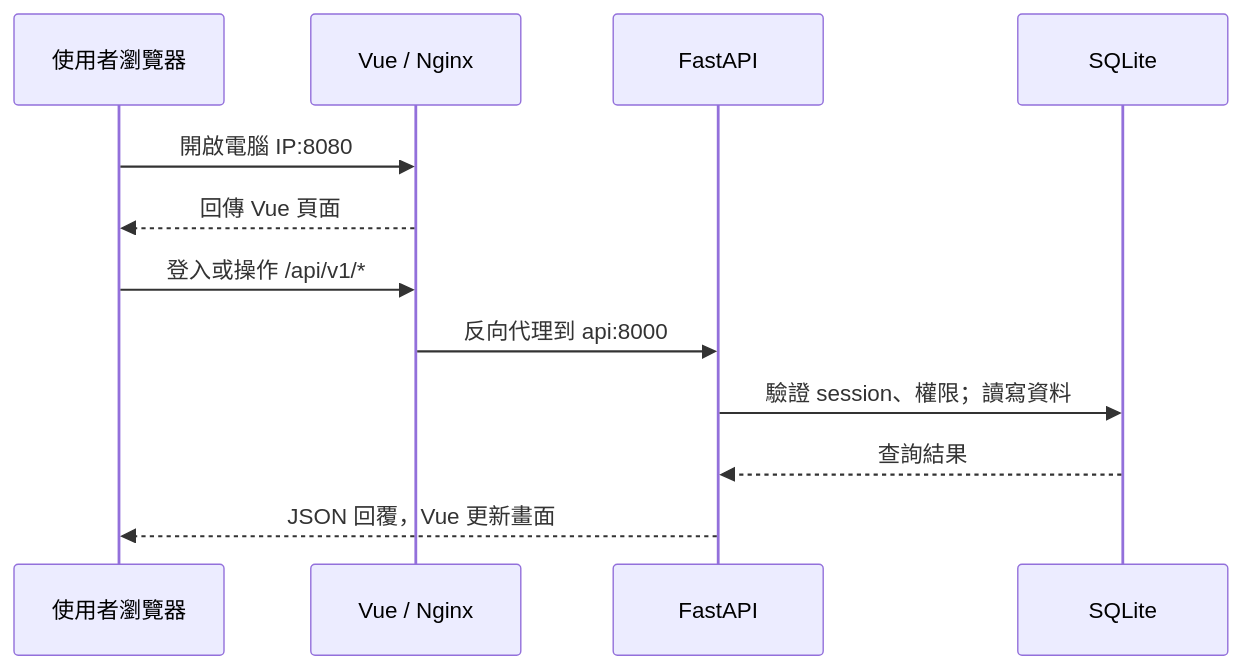
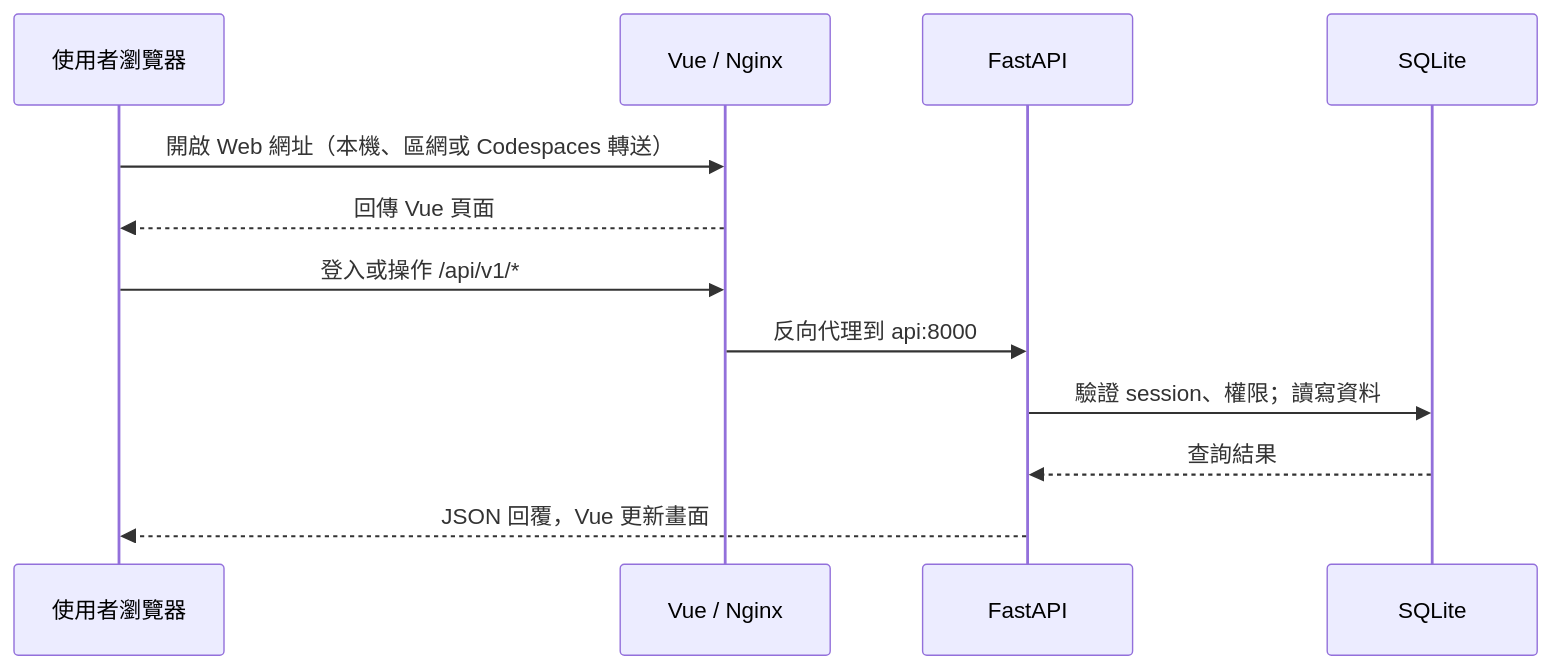
Before and after one commit to wweyuiop1205-lgtm/weck06_dock: the second of 2 diagrams in docs/ARCHITECTURE.zh.md, drawn with Mermaid. The commit also changed other lines of this file and 1 other file, not shown here.

Commit message:
Update architecture for Codespaces and volume lifecycle

````diff
--- a/docs/ARCHITECTURE.zh.md
+++ b/docs/ARCHITECTURE.zh.md
@@ -39,14 +47,14 @@
 ```mermaid
 sequenceDiagram
     participant U as 使用者瀏覽器
     participant W as Vue / Nginx
     participant A as FastAPI
     participant D as SQLite
-    U->>W: 開啟電腦 IP:8080
+    U->>W: 開啟 Web 網址（本機、區網或 Codespaces 轉送）
     W-->>U: 回傳 Vue 頁面
     U->>W: 登入或操作 /api/v1/*
     W->>A: 反向代理到 api:8000
     A->>D: 驗證 session、權限；讀寫資料
     D-->>A: 查詢結果
     A-->>U: JSON 回覆，Vue 更新畫面
 ```
````
